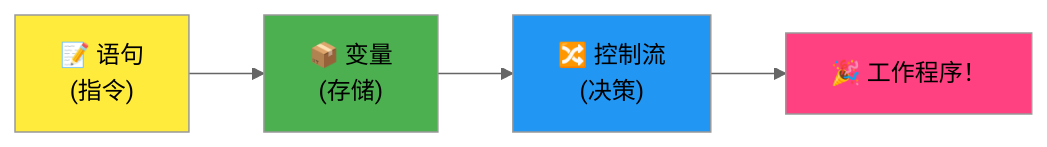
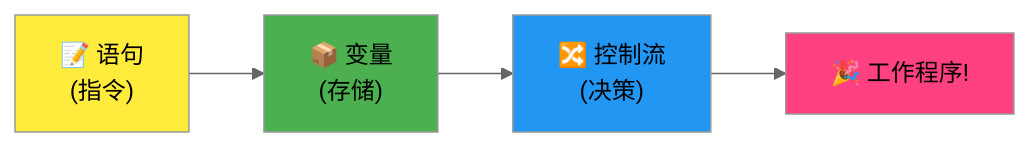
One commit to microsoft/Web-Dev-For-Beginners changed the fourth of 7 diagrams in translations/zh-CN/1-getting-started-lessons/1-intro-to-programming-languages/README.md. Above: the diagram before and after it, drawn with Mermaid (neutral theme). The commit also changed other lines of this file and 8 other files, not shown here.

````diff
--- a/translations/zh-CN/1-getting-started-lessons/1-intro-to-programming-languages/README.md
+++ b/translations/zh-CN/1-getting-started-lessons/1-intro-to-programming-languages/README.md
@@ -468,9 +467,9 @@
 ```mermaid
 flowchart LR
-    A["📝 语句<br/>(指令)"] --> B["📦 变量<br/>(存储)"] --> C["🔀 控制流<br/>(决策)"] --> D["🎉 工作程序！"]
+    A["📝 语句<br/>(指令)"] --> B["📦 变量<br/>(存储)"] --> C["🔀 控制流<br/>(决策)"] --> D["🎉 工作程序!"]
     
     style A fill:#ffeb3b
     style B fill:#4caf50
     style C fill:#2196f3
     style D fill:#ff4081
 ```
````
